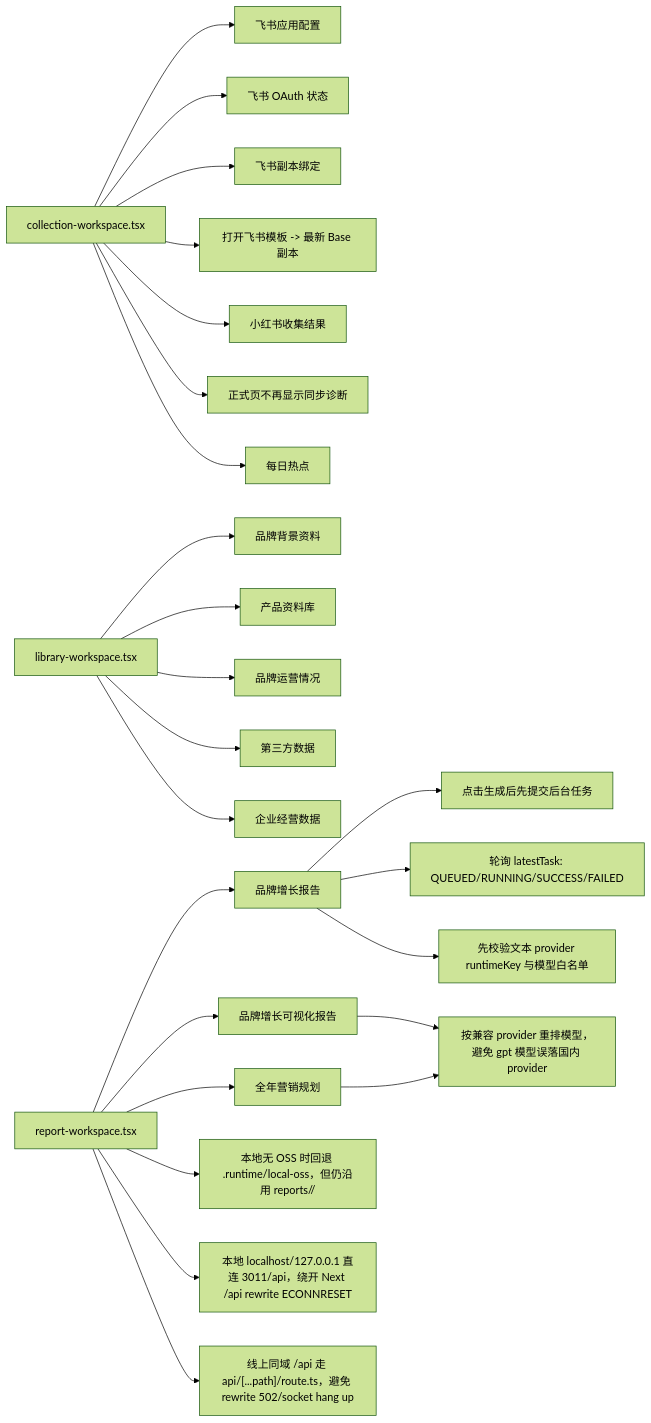
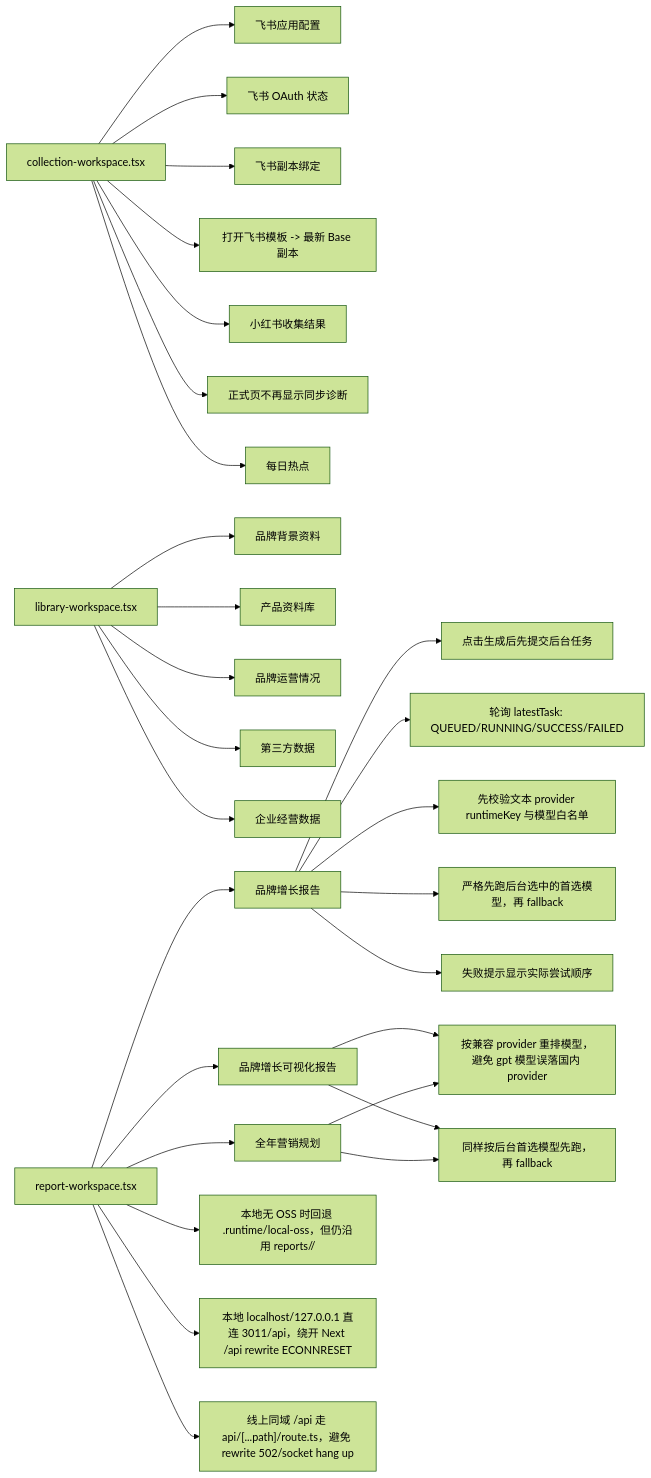
One commit to Depthukesh/ai-omni-ops-system changed the fourth of 12 diagrams in docs/site-map-mermaid.md. Above: the diagram before and after it, drawn with Mermaid (forest theme). The commit also changed other lines of this file and 7 other files, not shown here.

````diff
--- a/docs/site-map-mermaid.md
+++ b/docs/site-map-mermaid.md
@@ -181,31 +181,35 @@
 ```mermaid
 flowchart LR
     A["collection-workspace.tsx"]
     A --> A1["飞书应用配置"]
     A --> A2["飞书 OAuth 状态"]
     A --> A3["飞书副本绑定"]
     A --> A31["打开飞书模板 -> 最新 Base 副本"]
     A --> A4["小红书收集结果"]
     A --> A41["正式页不再显示同步诊断"]
     A --> A5["每日热点"]
 
     B["library-workspace.tsx"]
     B --> B1["品牌背景资料"]
     B --> B2["产品资料库"]
     B --> B3["品牌运营情况"]
     B --> B4["第三方数据"]
     B --> B5["企业经营数据"]
 
     C["report-workspace.tsx"]
     C --> C1["品牌增长报告"]
     C --> C2["品牌增长可视化报告"]
     C --> C3["全年营销规划"]
     C1 --> C10["点击生成后先提交后台任务"]
     C1 --> C11["轮询 latestTask: QUEUED/RUNNING/SUCCESS/FAILED"]
     C1 --> C12["先校验文本 provider runtimeKey 与模型白名单"]
+    C1 --> C17["严格先跑后台选中的首选模型，再 fallback"]
+    C1 --> C18["失败提示显示实际尝试顺序"]
     C2 --> C13["忽略不兼容的图像 provider，回退国内文本 provider"]
+    C2 --> C19["同样按后台首选模型先跑，再 fallback"]
     C3 --> C13["按兼容 provider 重排模型，避免 gpt 模型误落国内 provider"]
+    C3 --> C19
     C --> C14["本地无 OSS 时回退 .runtime/local-oss，但仍沿用 reports/<brandId>/<fileName>"]
     C --> C15["本地 localhost/127.0.0.1 直连 3011/api，绕开 Next /api rewrite ECONNRESET"]
     C --> C16["线上同域 /api 走 api/[...path]/route.ts，避免 rewrite 502/socket hang up"]
 ```
````
